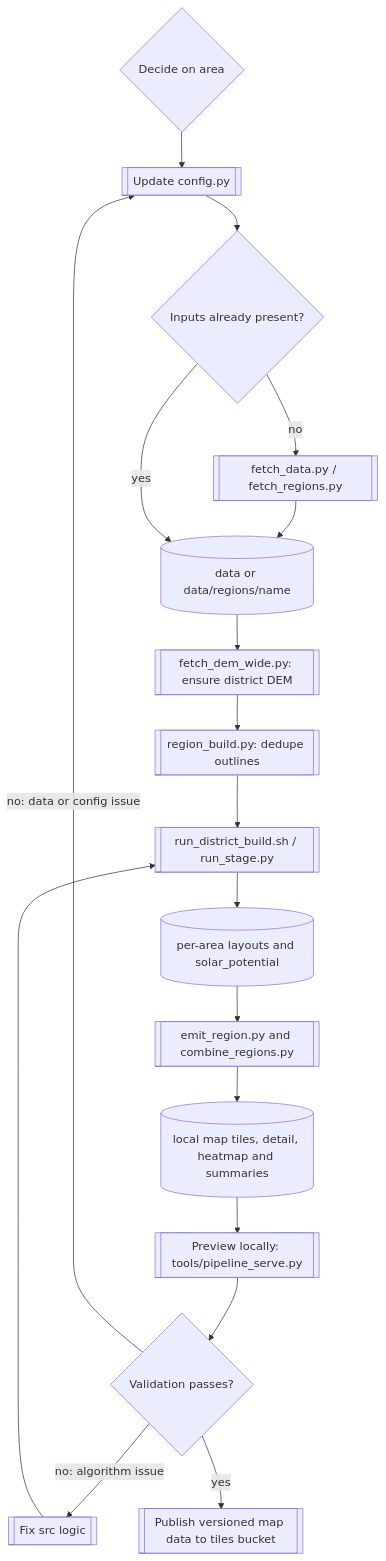
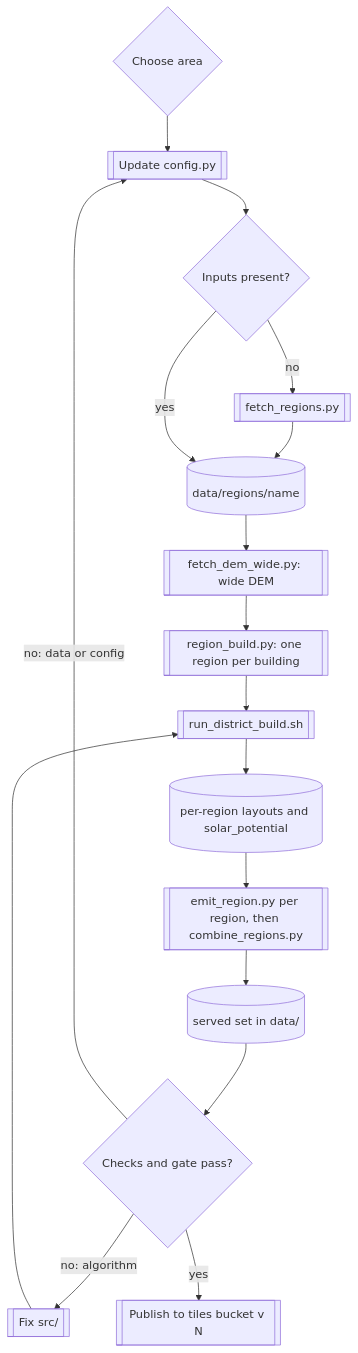
Before and after one commit to rewiring-nz/nz-solar-potential: the diagram in docs/data-maintainers/dataset-operations.md, drawn with Mermaid. The commit also changed other lines of this file and 25 other files, not shown here.

````diff
--- a/docs/data-maintainers/dataset-operations.md
+++ b/docs/data-maintainers/dataset-operations.md
@@ -14,20 +12,19 @@
 ```mermaid
 flowchart TB
-  A{Decide on area} --> B[[Update config.py]]
-  B --> C{Inputs already present?}
-  C -- no --> D[[fetch_data.py / fetch_regions.py]]
-  D --> E[(data or data/regions/name)]
+  A{Choose area} --> B[[Update config.py]]
+  B --> C{Inputs present?}
+  C -- no --> D[[fetch_regions.py]]
+  D --> E[(data/regions/name)]
   C -- yes --> E
-  E --> F[[fetch_dem_wide.py: ensure district DEM]]
-  F --> H[[region_build.py: dedupe outlines]]
-  H --> I[[run_district_build.sh / run_stage.py]]
-  I --> J[(per-area layouts and solar_potential)]
-  J --> K[[emit_region.py and combine_regions.py]]
-  K --> L[(local map tiles, detail, heatmap and summaries)]
-  L --> M[[Preview locally: tools/pipeline_serve.py]]
-  M --> N{Validation passes?}
-  N -- no: data or config issue --> B
-  N -- no: algorithm issue --> O[[Fix src logic]]
+  E --> F[[fetch_dem_wide.py: wide DEM]]
+  F --> H[[region_build.py: one region per building]]
+  H --> I[[run_district_build.sh]]
+  I --> J[(per-region layouts and solar_potential)]
+  J --> K[[emit_region.py per region, then combine_regions.py]]
+  K --> L[(served set in data/)]
+  L --> M{Checks and gate pass?}
+  M -- no: data or config --> B
+  M -- no: algorithm --> O[[Fix src/]]
   O --> I
-  N -- yes --> P[[Publish versioned map data to tiles bucket]]
+  M -- yes --> P[[Publish to tiles bucket v N]]
 ```
````
